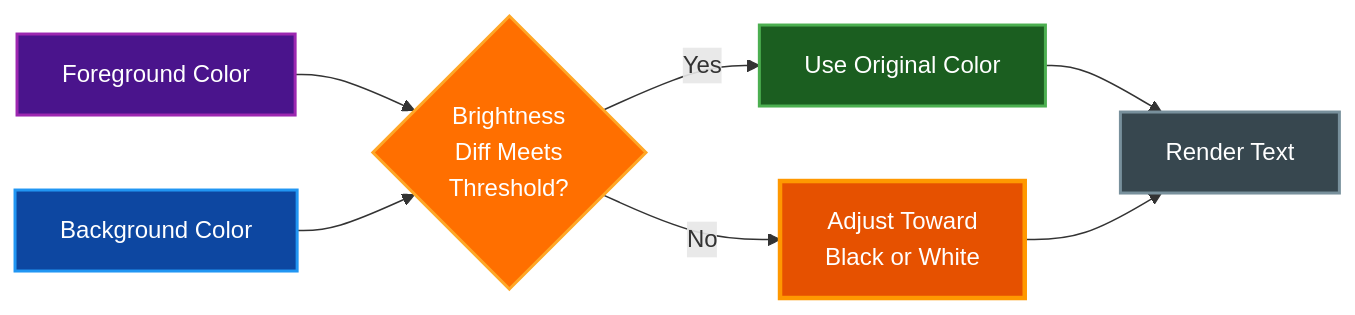
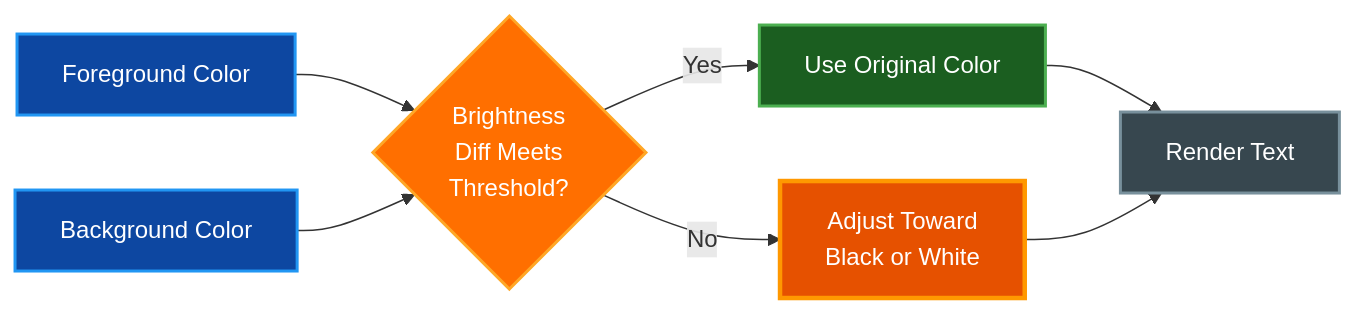
One commit to paulrobello/par-term changed the diagram in docs/features/ACCESSIBILITY.md. Above: the diagram before and after it, drawn with Mermaid. The commit also changed 40 other files, not shown here.

First line of the commit message:
docs: sync docs/ to implementation; fix CLAUDE.md dep graph

````diff
--- a/docs/features/ACCESSIBILITY.md
+++ b/docs/features/ACCESSIBILITY.md
@@ -18,23 +18,28 @@
 ```mermaid
 graph LR
     FG[Foreground Color]
     BG[Background Color]
     Check{Brightness<br/>Diff Meets<br/>Threshold?}
     Pass[Use Original Color]
     Adjust[Adjust Toward<br/>Black or White]
     Render[Render Text]
 
     FG --> Check
     BG --> Check
     Check -->|Yes| Pass
     Check -->|No| Adjust
     Pass --> Render
     Adjust --> Render
 
-    style FG fill:#4a148c,stroke:#9c27b0,stroke-width:2px,color:#ffffff
-    style BG fill:#0d47a1,stroke:#2196f3,stroke-width:2px,color:#ffffff
-    style Check fill:#ff6f00,stroke:#ffa726,stroke-width:2px,color:#ffffff
-    style Pass fill:#1b5e20,stroke:#4caf50,stroke-width:2px,color:#ffffff
-    style Adjust fill:#e65100,stroke:#ff9800,stroke-width:3px,color:#ffffff
-    style Render fill:#37474f,stroke:#78909c,stroke-width:2px,color:#ffffff
+    class FG,BG data
+    class Check warning
+    class Pass active
+    class Adjust primary
+    class Render neutral
+
+    classDef primary fill:#e65100,stroke:#ff9800,stroke-width:3px,color:#ffffff
+    classDef active fill:#1b5e20,stroke:#4caf50,stroke-width:2px,color:#ffffff
+    classDef warning fill:#ff6f00,stroke:#ffa726,stroke-width:2px,color:#ffffff
+    classDef data fill:#0d47a1,stroke:#2196f3,stroke-width:2px,color:#ffffff
+    classDef neutral fill:#37474f,stroke:#78909c,stroke-width:2px,color:#ffffff
 ```
````
